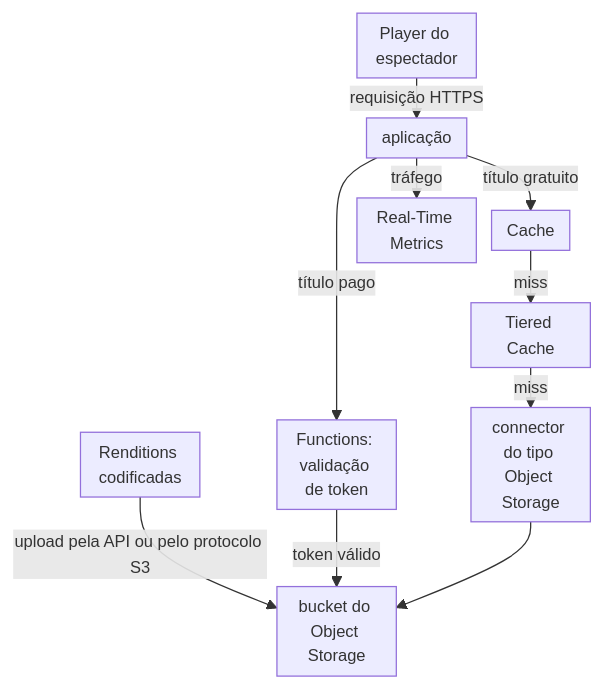
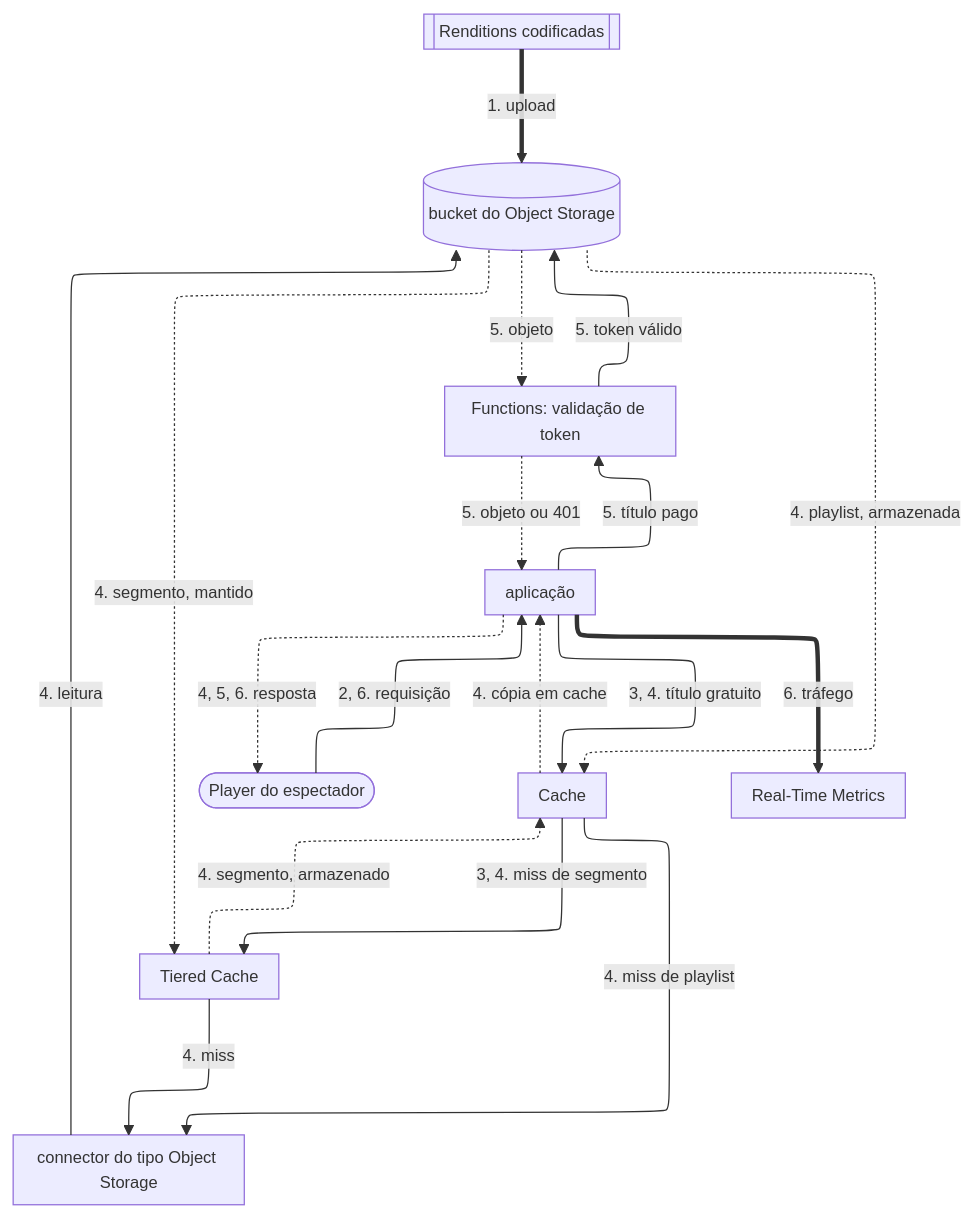
The first of 2 diagrams in apps/docs/src/content/docs/pt-br/pages/casos-de-uso/entregar-midia-e-streaming/entregar-uma-biblioteca-de-videos-sob-demanda.mdx (aziontech/docs), drawn with Mermaid before and after one commit. The commit also changed other lines of this file and 55 other files, not shown here.

Commit message:
docs(use-cases): redraw the use-case diagrams with the way back and check their claims (#2509)

````diff
--- a/apps/docs/src/content/docs/pt-br/pages/casos-de-uso/entregar-midia-e-streaming/entregar-uma-biblioteca-de-videos-sob-demanda.mdx
+++ b/apps/docs/src/content/docs/pt-br/pages/casos-de-uso/entregar-midia-e-streaming/entregar-uma-biblioteca-de-videos-sob-demanda.mdx
@@ -43,13 +45,30 @@
 ```mermaid
-%%{init: {"layout": "dagre", "themeVariables": {"fontSize": "13px"}, "flowchart": {"nodeSpacing": 12, "rankSpacing": 12, "padding": 6, "wrappingWidth": 70, "minNodeWidth": 40, "useMaxWidth": true}}}%%
+%%{init: {"layout": "elk", "elk": {"preset": "modelOrder", "keepEntryNodeOnTop": true, "cycleBreakingStrategy": "MODEL_ORDER"}, "themeVariables": {"fontSize": "13px"}, "flowchart": {"nodeSpacing": 24, "rankSpacing": 36, "padding": 8, "wrappingWidth": 150, "useMaxWidth": true}, "sequence": {"width": 120, "actorMargin": 30, "useMaxWidth": true}}}%%
 flowchart TD
-  Team["Renditions codificadas"] -->|"upload pela API ou pelo protocolo S3"| Bucket["bucket do Object Storage"]
-  Viewer["Player do espectador"] -->|"requisição HTTPS"| App["aplicação"]
-  App -->|"título gratuito"| Cache["Cache"]
-  App -->|"título pago"| Fn["Functions: validação de token"]
-  Fn -->|"token válido"| Bucket
-  Cache -->|"miss"| Tiered["Tiered Cache"]
-  Tiered -->|"miss"| Connector["connector do tipo Object Storage"]
-  Connector --> Bucket
-  App -->|"tráfego"| RTM["Real-Time Metrics"]
+  Viewer(["Player do espectador"])
+  App["aplicação"]
+  Cache["Cache"]
+  Fn["Functions: validação de token"]
+  Tiered["Tiered Cache"]
+  Conn["connector do tipo Object Storage"]
+  Bucket[("bucket do Object Storage")]
+  Team[["Renditions codificadas"]]
+  RTM["Real-Time Metrics"]
+  Viewer -->|"2, 6. requisição"| App
+  App -->|"3, 4. título gratuito"| Cache
+  App -->|"5. título pago"| Fn
+  Cache -->|"3, 4. miss de segmento"| Tiered
+  Cache -->|"4. miss de playlist"| Conn
+  Tiered -->|"4. miss"| Conn
+  Conn -->|"4. leitura"| Bucket
+  Fn -->|"5. token válido"| Bucket
+  Bucket -.->|"4. segmento, mantido"| Tiered
+  Tiered -.->|"4. segmento, armazenado"| Cache
+  Bucket -.->|"4. playlist, armazenada"| Cache
+  Cache -.->|"4. cópia em cache"| App
+  Bucket -.->|"5. objeto"| Fn
+  Fn -.->|"5. objeto ou 401"| App
+  App -.->|"4, 5, 6. resposta"| Viewer
+  Team ==>|"1. upload"| Bucket
+  App ==>|"6. tráfego"| RTM
 ```
````
